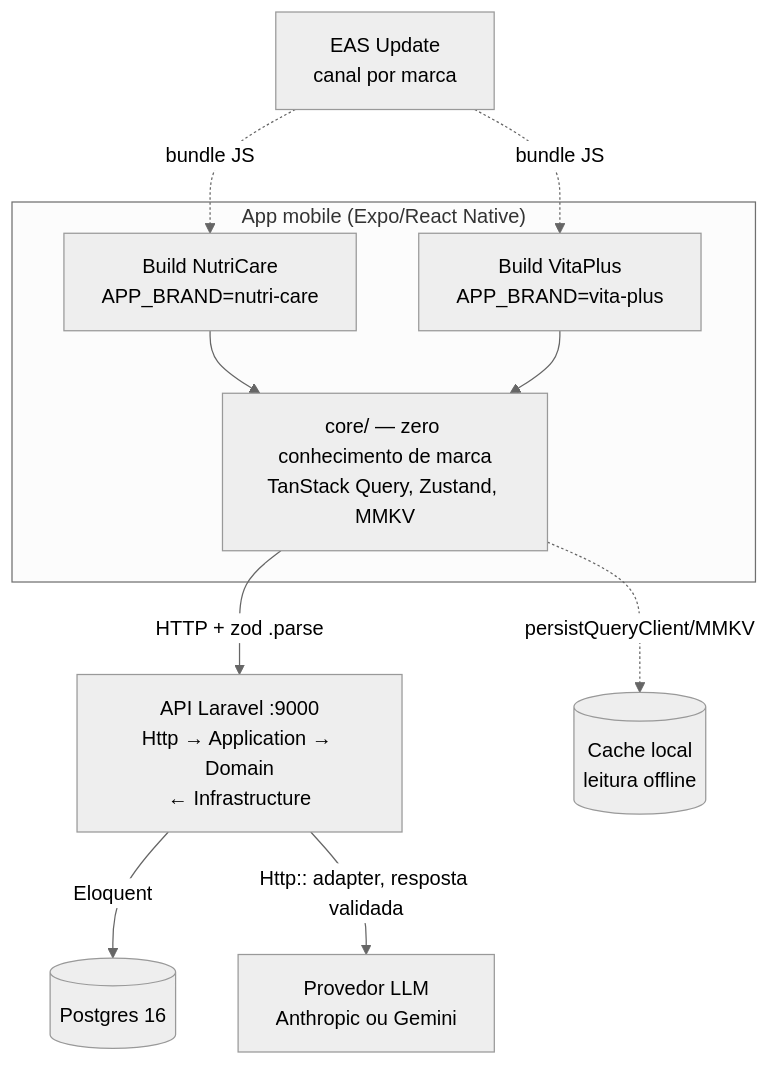
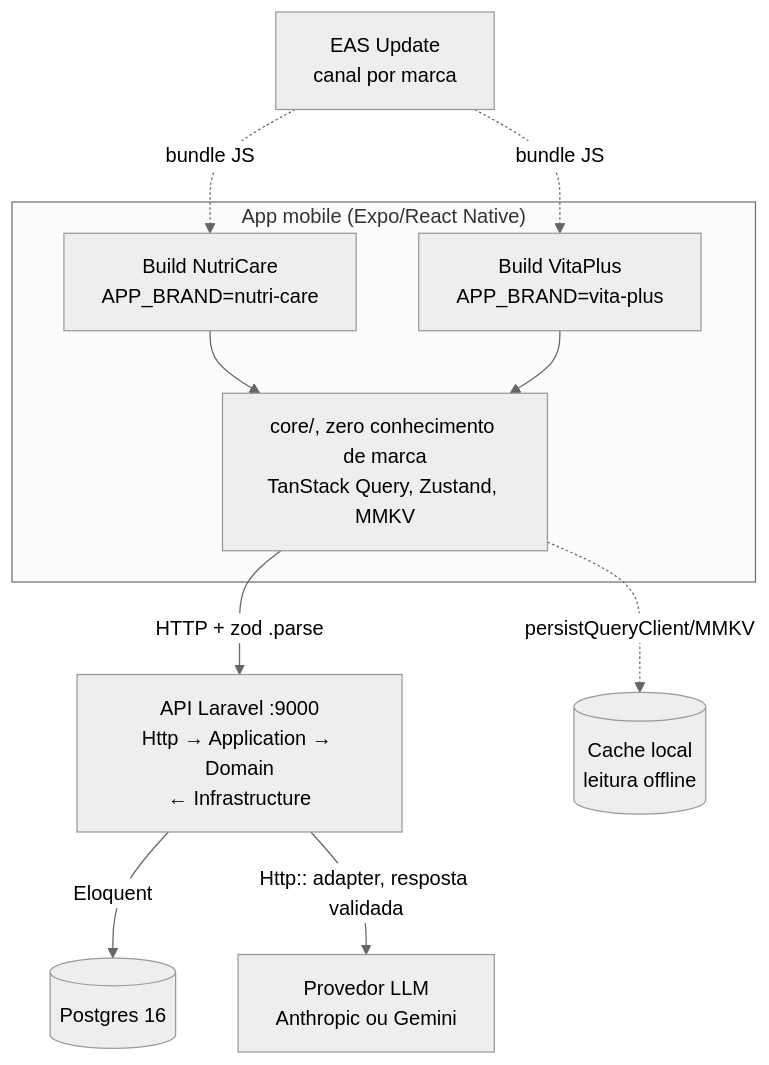
One commit to brunols7/tecsa-health changed the diagram in README.md. Above: the diagram before and after it, drawn with Mermaid (neutral theme). The commit also changed other lines of this file, not shown here.

````diff
--- a/README.md
+++ b/README.md
@@ -107,18 +106,18 @@
 ```mermaid
 graph TD
     subgraph Mobile["App mobile (Expo/React Native)"]
         NC["Build NutriCare\nAPP_BRAND=nutri-care"]
         VP["Build VitaPlus\nAPP_BRAND=vita-plus"]
-        Core["core/ — zero conhecimento de marca\nTanStack Query, Zustand, MMKV"]
+        Core["core/, zero conhecimento de marca\nTanStack Query, Zustand, MMKV"]
         NC --> Core
         VP --> Core
     end
 
     Core -->|HTTP + zod .parse| API["API Laravel :9000\nHttp → Application → Domain\n← Infrastructure"]
     API -->|Eloquent| DB[(Postgres 16)]
     API -->|Http:: adapter, resposta validada| LLM["Provedor LLM\nAnthropic ou Gemini"]
     Core -.persistQueryClient/MMKV.-> Cache[(Cache local\nleitura offline)]
 
     OTA["EAS Update\ncanal por marca"] -.bundle JS.-> NC
     OTA -.bundle JS.-> VP
 ```
````
